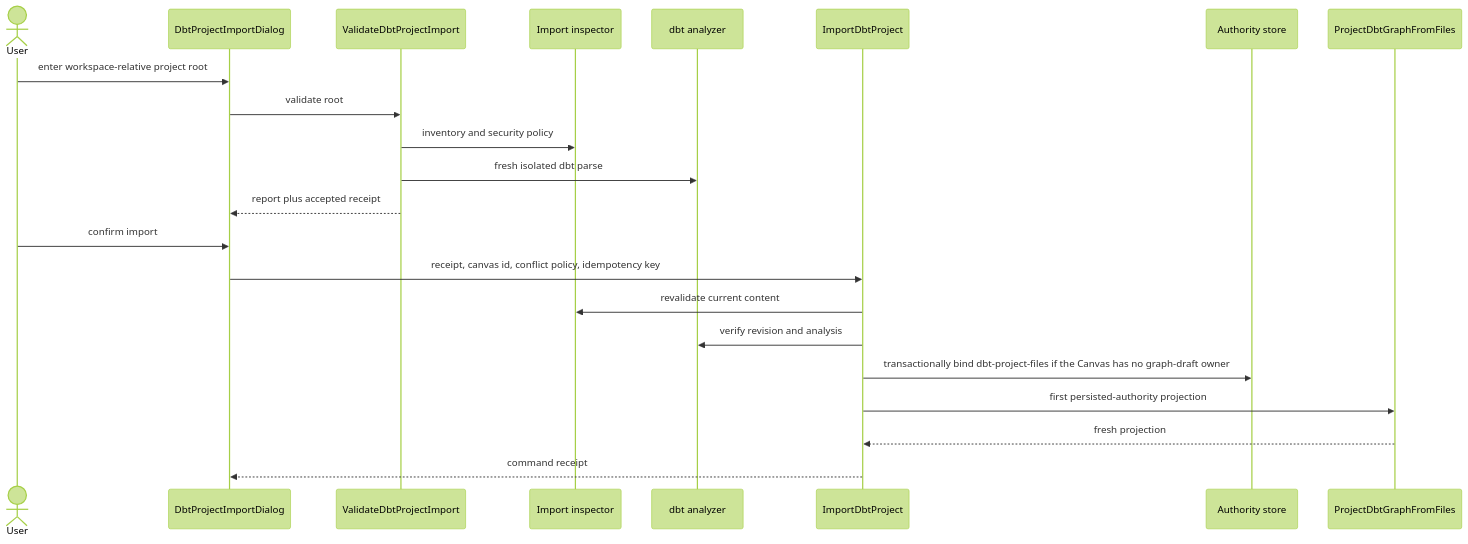
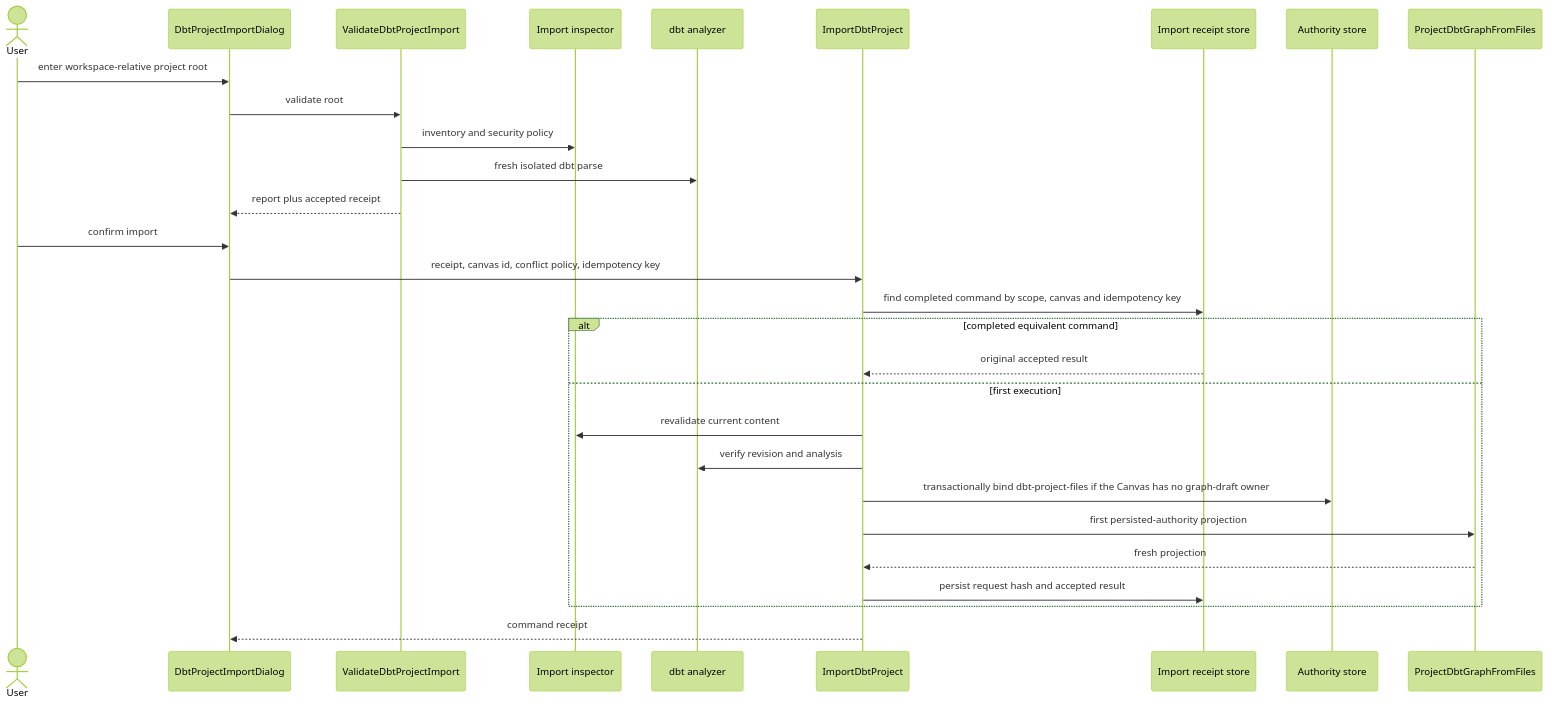
Before and after one commit to dunay2/dvt: the third of 4 diagrams in docs/architecture/components/web/graph/dbt-project-import-and-source-authority-component.md, drawn with Mermaid (forest theme). The commit also changed other lines of this file and 15 other files, not shown here.

Commit message:
fix(api): Replay completed dbt project imports

````diff
--- a/docs/architecture/components/web/graph/dbt-project-import-and-source-authority-component.md
+++ b/docs/architecture/components/web/graph/dbt-project-import-and-source-authority-component.md
@@ -119,25 +122,32 @@
 ```mermaid
 sequenceDiagram
   actor User
   participant UI as DbtProjectImportDialog
   participant Validate as ValidateDbtProjectImport
   participant Inspect as Import inspector
   participant Analyze as dbt analyzer
   participant Import as ImportDbtProject
+  participant Receipt as Import receipt store
   participant Authority as Authority store
   participant Graph as ProjectDbtGraphFromFiles
 
   User->>UI: enter workspace-relative project root
   UI->>Validate: validate root
   Validate->>Inspect: inventory and security policy
   Validate->>Analyze: fresh isolated dbt parse
   Validate-->>UI: report plus accepted receipt
   User->>UI: confirm import
   UI->>Import: receipt, canvas id, conflict policy, idempotency key
-  Import->>Inspect: revalidate current content
-  Import->>Analyze: verify revision and analysis
-  Import->>Authority: transactionally bind dbt-project-files if the Canvas has no graph-draft owner
-  Import->>Graph: first persisted-authority projection
-  Graph-->>Import: fresh projection
+  Import->>Receipt: find completed command by scope, canvas and idempotency key
+  alt completed equivalent command
+    Receipt-->>Import: original accepted result
+  else first execution
+    Import->>Inspect: revalidate current content
+    Import->>Analyze: verify revision and analysis
+    Import->>Authority: transactionally bind dbt-project-files if the Canvas has no graph-draft owner
+    Import->>Graph: first persisted-authority projection
+    Graph-->>Import: fresh projection
+    Import->>Receipt: persist request hash and accepted result
+  end
   Import-->>UI: command receipt
 ```
````
